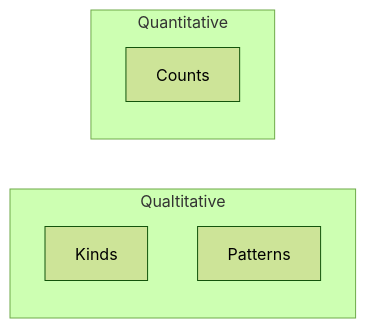
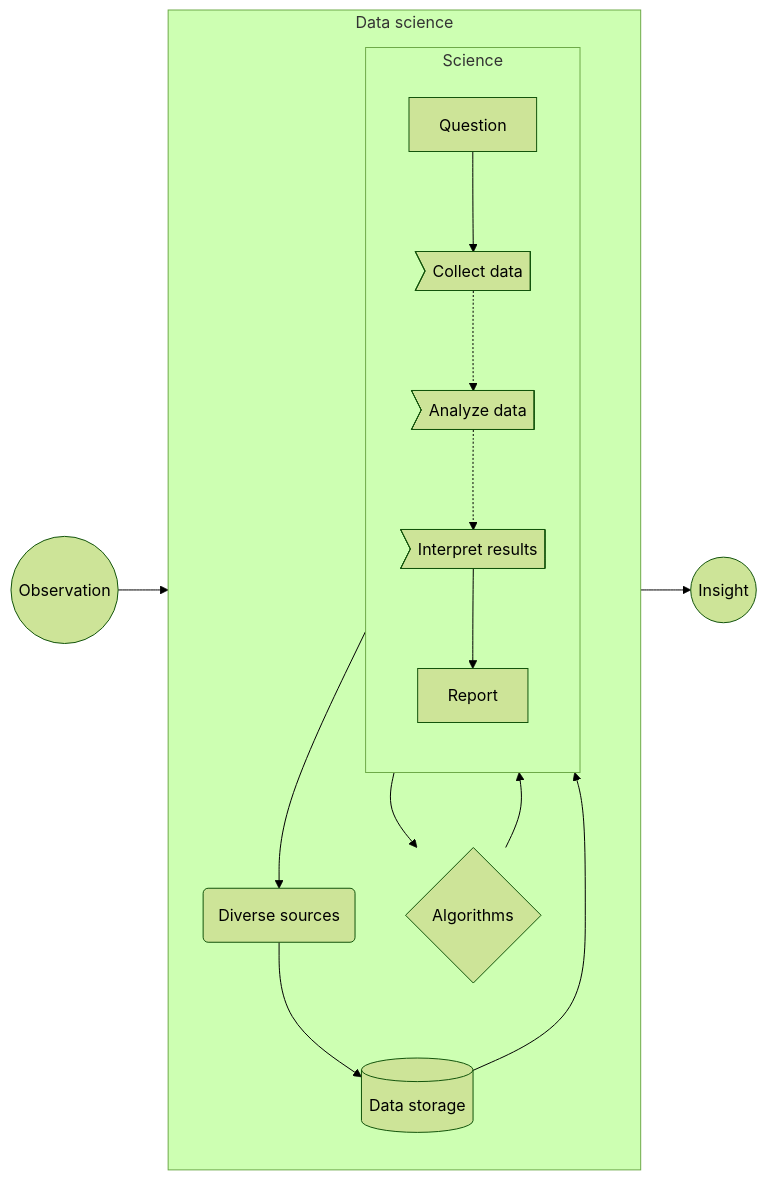
Before and after one commit to lin-380-s24/lin-380-s24.github.io: the second of 3 diagrams in slides/day-03.qmd, drawn with Mermaid (forest theme). The commit also changed other lines of this file and 22 other files, not shown here.

````diff
--- a/slides/day-03.qmd
+++ b/slides/day-03.qmd
@@ -55,13 +85,19 @@
 ```{mermaid}
 %%| echo: false
-
+%%| fig-height: 5
 flowchart LR
-  subgraph Qualtitative
-    A[Kinds]
-    B[Patterns]
+  subgraph two ["Data science"]
+    direction TB
+    C --> C1(Diverse sources) --> C2
+    C2[(Data storage)] --> D
+    D --> D1{Algorithms} --> E
+    subgraph one [Science]
+      direction TB
+      B[Question] --> C>Collect data]
+      C .-> D>Analyze data]
+      D .-> E>Interpret results]
+      E --> F[Report]
+    end
   end
-
-  subgraph Quantitative
-    C[Counts]
-  end
+  A((Observation)) --> two --> G((Insight))
 ```
````
